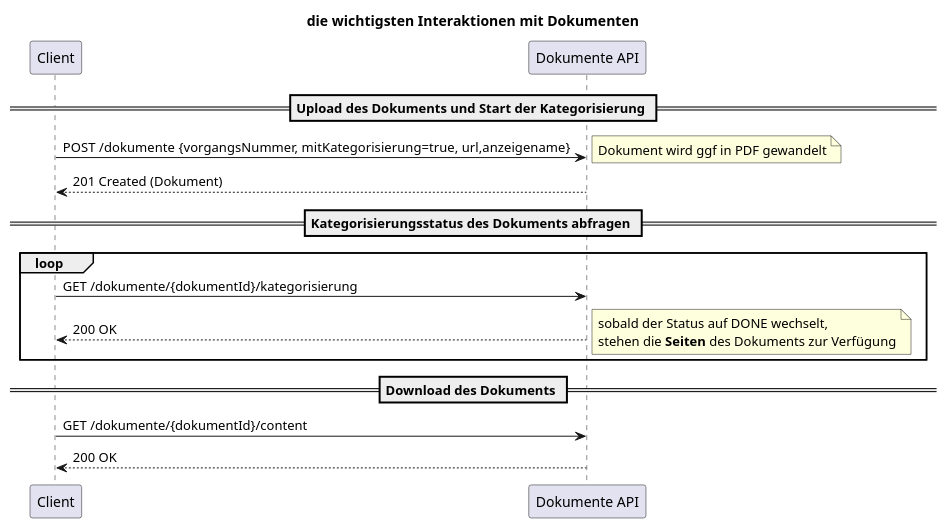
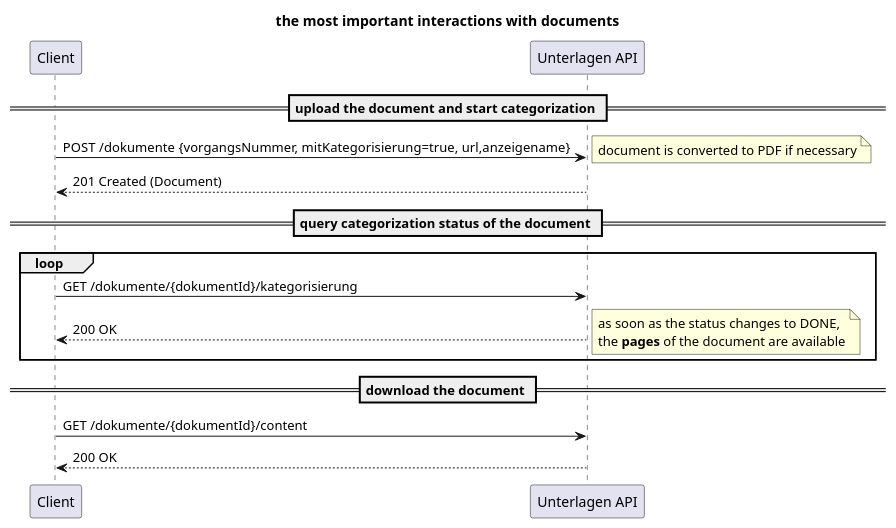
One commit to europace/unterlagen-api changed the diagram in docs/Dokument.puml. Above: the diagram before and after it, drawn with PlantUML. The commit also changed 5 other files, not shown here.

```diff
--- a/docs/Dokument.puml
+++ b/docs/Dokument.puml
@@ -1,26 +1,26 @@
 @startuml
-title die wichtigsten Interaktionen mit Dokumenten
+title the most important interactions with documents
 
 participant Client as c
-participant "Dokumente API" as api
+participant "Unterlagen API" as api
 
-== Upload des Dokuments und Start der Kategorisierung ==
+== upload the document and start categorization ==
 c -> api: POST /dokumente  {vorgangsNummer, mitKategorisierung=true, url,anzeigename}
-note right: Dokument wird ggf in PDF gewandelt
-api --> c: 201 Created (Dokument)
+note right: document is converted to PDF if necessary
+api --> c: 201 Created (Document)
 
-== Kategorisierungsstatus des Dokuments abfragen ==
+== query categorization status of the document ==
 loop
 c -> api: GET /dokumente/{dokumentId}/kategorisierung
 api --> c: 200 OK
 note right
-   sobald der Status auf DONE wechselt,
-   stehen die **Seiten** des Dokuments zur Verfügung
+   as soon as the status changes to DONE,
+   the **pages** of the document are available
 end note
 end
 
-== Download des Dokuments ==
+== download the document ==
 c -> api: GET /dokumente/{dokumentId}/content
 api --> c: 200 OK
 
 @enduml
```
